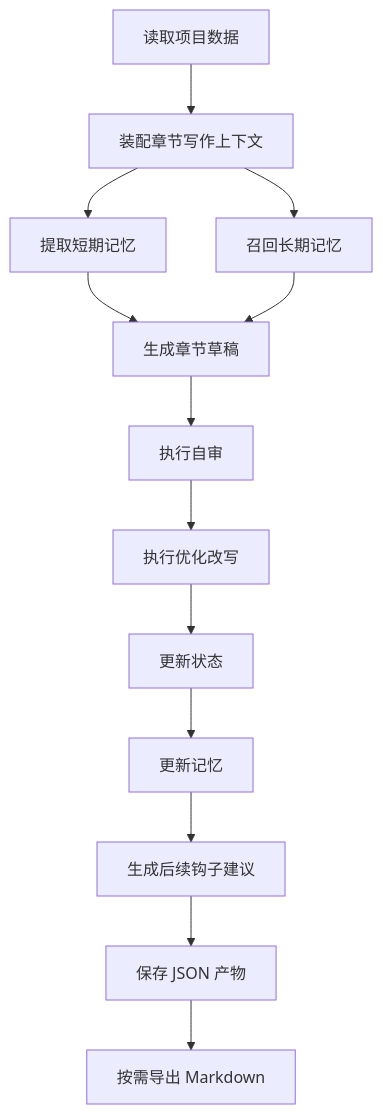
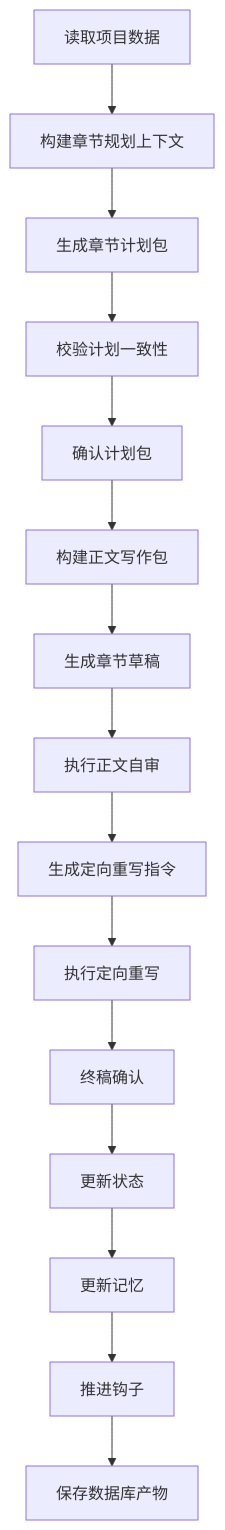
The diagram in plans/mvp-plan.md (housirvip/myai-novel), drawn with Mermaid before and after one commit. The commit also changed other lines of this file, not shown here.

````diff
--- a/plans/mvp-plan.md
+++ b/plans/mvp-plan.md
@@ -508,15 +501,17 @@
 ```mermaid
 flowchart TD
-  A[读取项目数据] --> B[装配章节写作上下文]
-  B --> C[提取短期记忆]
-  B --> D[召回长期记忆]
-  C --> E[生成章节草稿]
-  D --> E
-  E --> F[执行自审]
-  F --> G[执行优化改写]
-  G --> H[更新状态]
-  H --> I[更新记忆]
-  I --> J[生成后续钩子建议]
-  J --> K[保存 JSON 产物]
-  K --> L[按需导出 Markdown]
+  A[读取项目数据] --> B[构建章节规划上下文]
+  B --> C[生成章节计划包]
+  C --> D[校验计划一致性]
+  D --> E[确认计划包]
+  E --> F[构建正文写作包]
+  F --> G[生成章节草稿]
+  G --> H[执行正文自审]
+  H --> I[生成定向重写指令]
+  I --> J[执行定向重写]
+  J --> K[终稿确认]
+  K --> L[更新状态]
+  L --> M[更新记忆]
+  M --> N[推进钩子]
+  N --> O[保存数据库产物]
 ```
````
